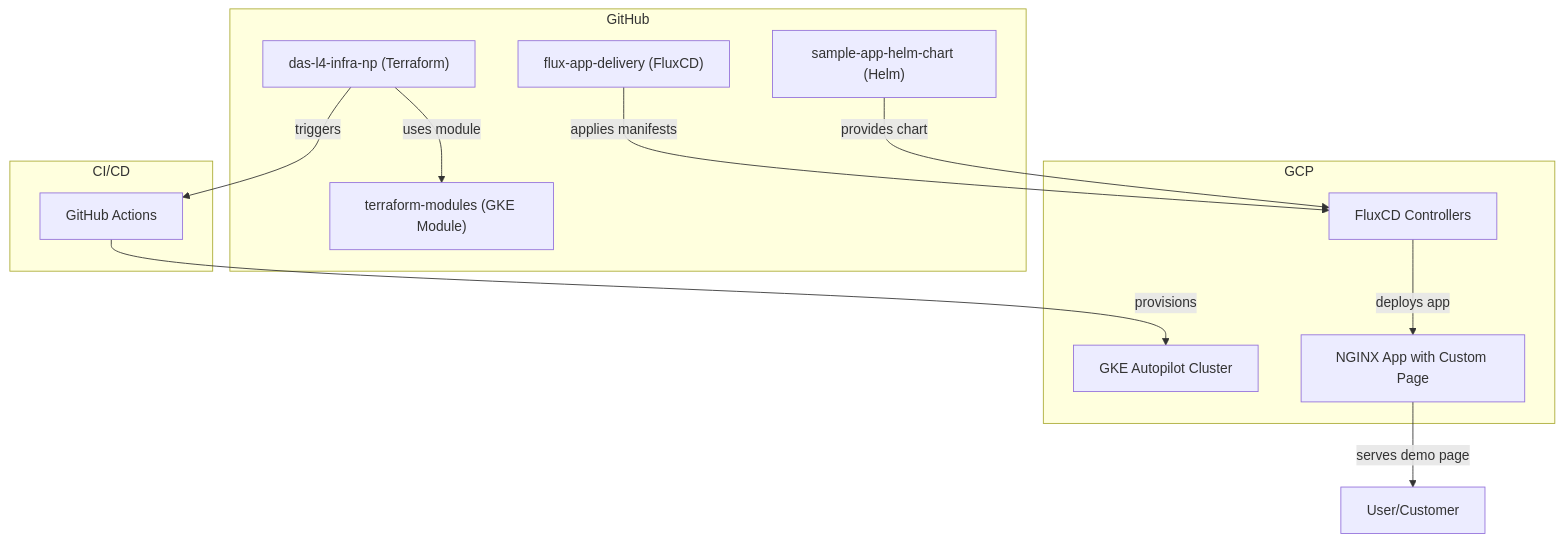
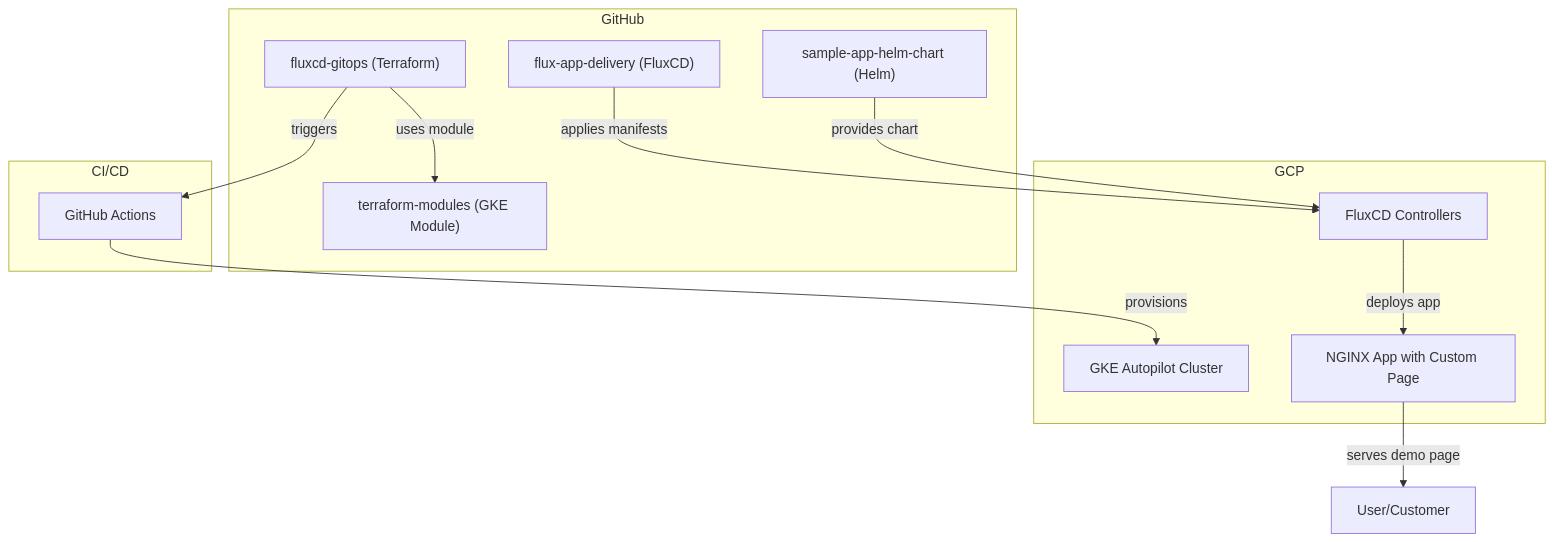
The second of 2 diagrams in environments/non-prod/dev/README.md (paraskanwarit/fluxcd-gitops), drawn with Mermaid before and after one commit. The commit also changed other lines of this file and 28 other files, not shown here.

First line of the commit message:
📚 Complete GitOps documentation and workflow diagrams

````diff
--- a/environments/non-prod/dev/README.md
+++ b/environments/non-prod/dev/README.md
@@ -226,24 +226,24 @@
 ```mermaid
 flowchart TD
     subgraph "GitHub"
-      GH1["das-l4-infra-np (Terraform)"]
+      GH1["fluxcd-gitops (Terraform)"]
       GH2["terraform-modules (GKE Module)"]
       GH3["sample-app-helm-chart (Helm)"]
       GH4["flux-app-delivery (FluxCD)"]
     end
     subgraph "CI/CD"
       CI1["GitHub Actions"]
     end
     subgraph "GCP"
       GKE["GKE Autopilot Cluster"]
       FLUX["FluxCD Controllers"]
       APP["NGINX App with Custom Page"]
     end
     GH1--"uses module"-->GH2
     GH1--"triggers"-->CI1
     CI1--"provisions"-->GKE
     GH4--"applies manifests"-->FLUX
     GH3--"provides chart"-->FLUX
     FLUX--"deploys app"-->APP
     APP--"serves demo page"-->USER["User/Customer"]
 ```
````
